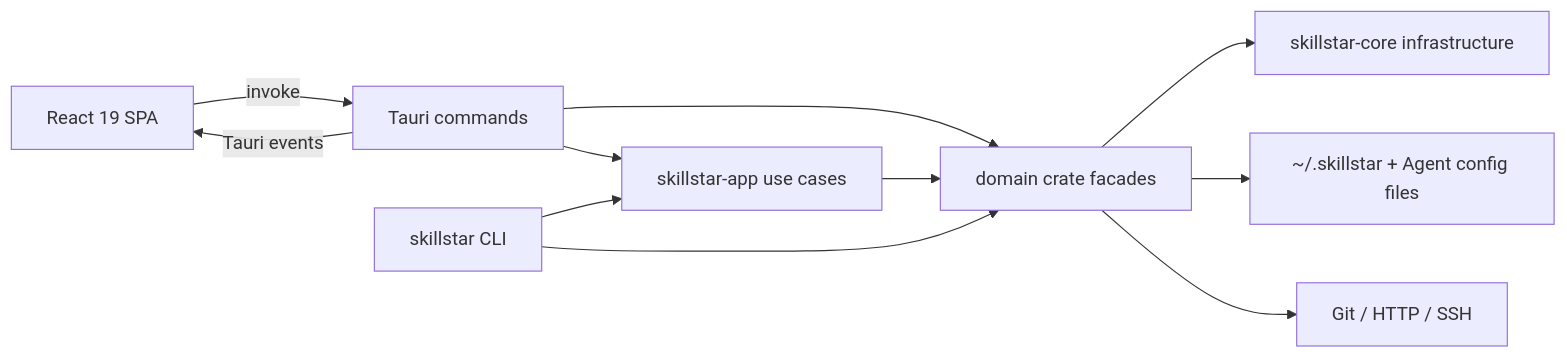
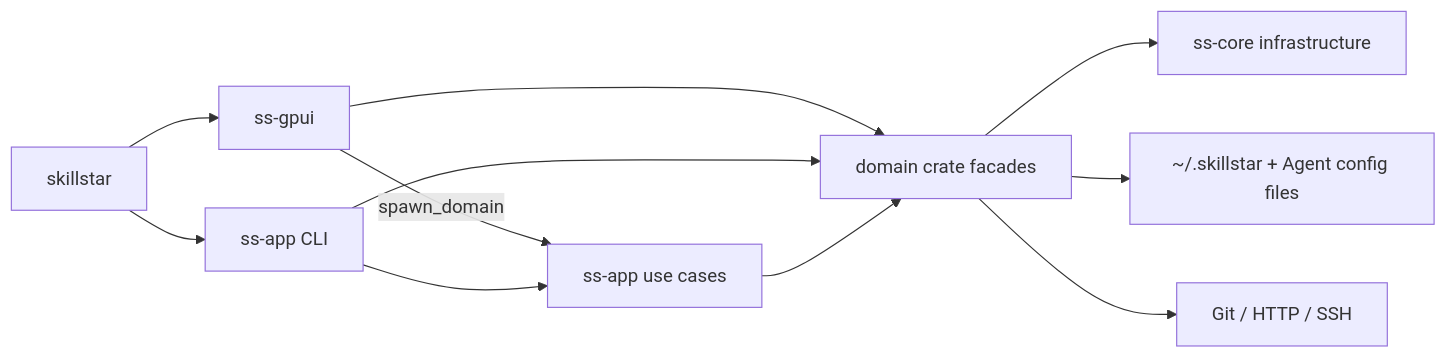
One commit to xxww0098/SkillStar changed the diagram in docs/architecture.md. Above: the diagram before and after it, drawn with Mermaid. The commit also changed other lines of this file and 1736 other files, not shown here.

First line of the commit message:
refactor!: retire the tauri/react app and consolidate crates into ss-*

````diff
--- a/docs/architecture.md
+++ b/docs/architecture.md
@@ -11,13 +11,13 @@
 ```mermaid
 flowchart LR
-  UI["React 19 SPA"] -->|invoke| CMD["Tauri commands"]
-  CMD --> APP["skillstar-app use cases"]
-  CMD --> DOMAIN["domain crate facades"]
+  BIN["skillstar"] --> GUI["ss-gpui"]
+  BIN --> CLI["ss-app CLI"]
+  GUI -->|spawn_domain| APP["ss-app use cases"]
+  GUI --> DOMAIN["domain crate facades"]
+  CLI --> APP
+  CLI --> DOMAIN
   APP --> DOMAIN
-  DOMAIN --> INFRA["skillstar-core infrastructure"]
+  DOMAIN --> INFRA["ss-core infrastructure"]
   DOMAIN --> DATA["~/.skillstar + Agent config files"]
   DOMAIN --> NET["Git / HTTP / SSH"]
-  CMD -->|Tauri events| UI
-  CLI["skillstar CLI"] --> APP
-  CLI --> DOMAIN
 ```
````
